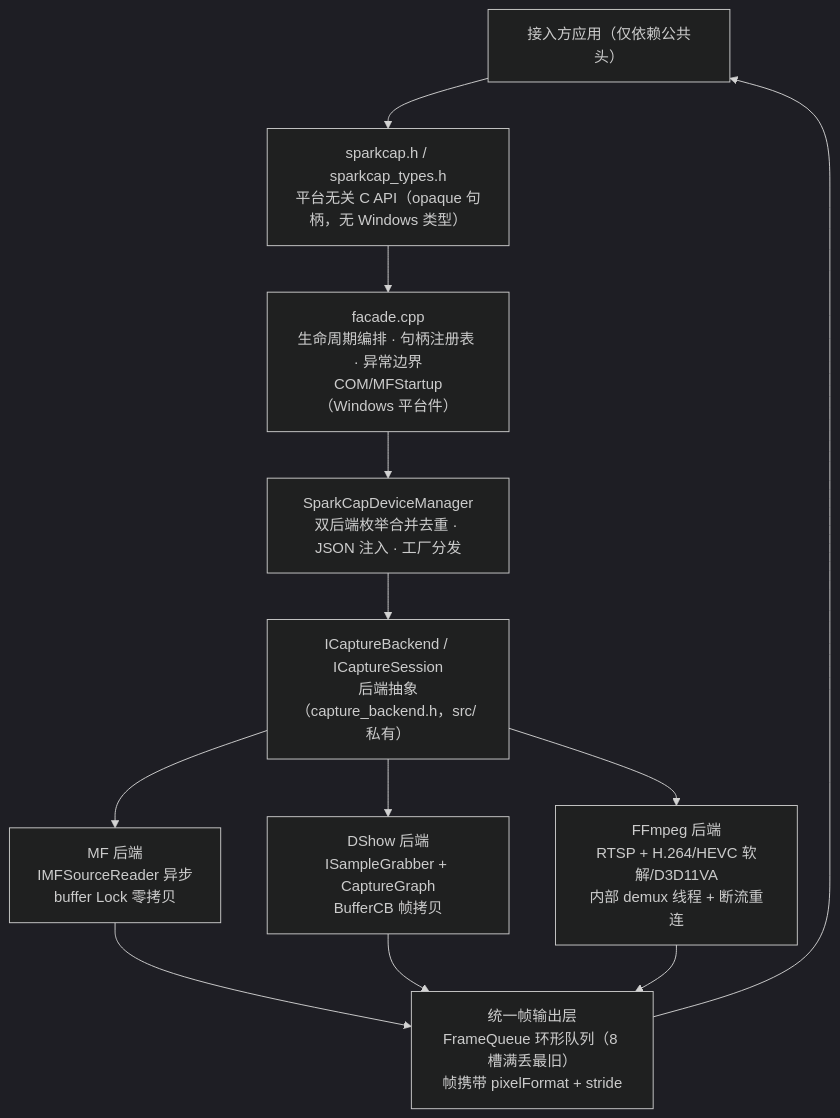
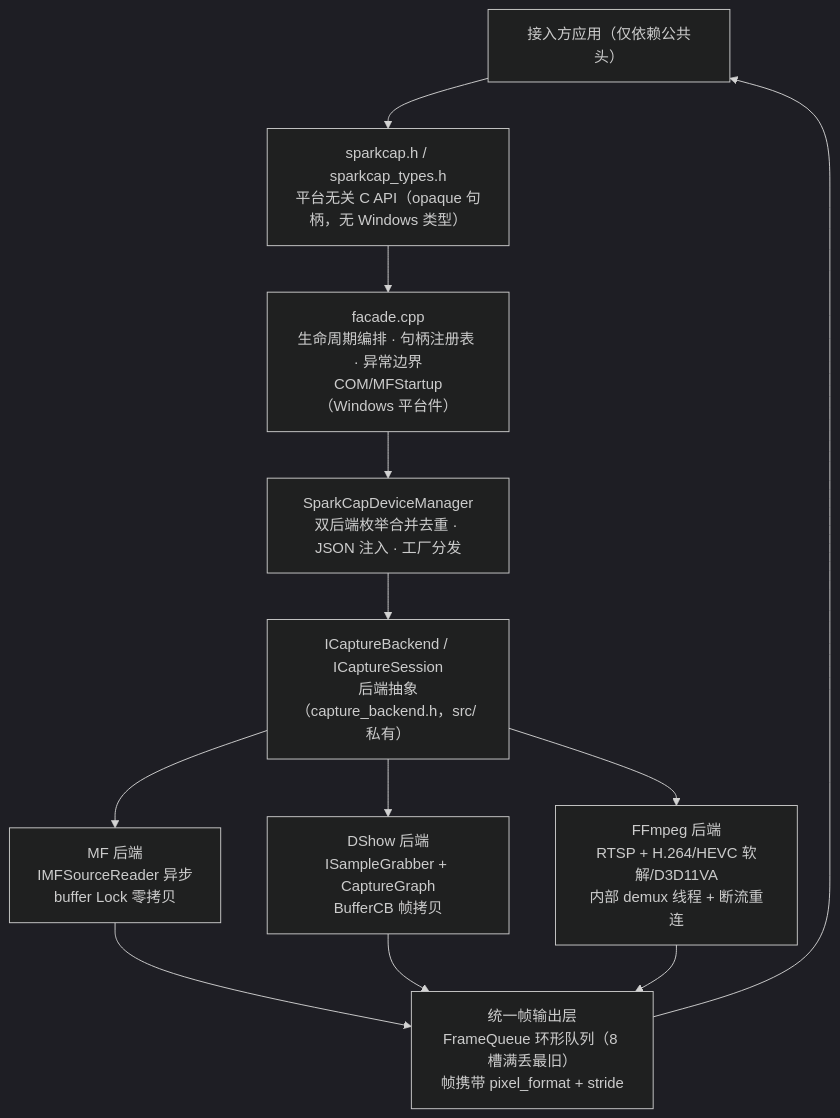
The first of 2 diagrams in docs/technical-design.md (flcker/SparkCap), drawn with Mermaid (dark theme) before and after one commit. The commit also changed other lines of this file and 18 other files, not shown here.

````diff
--- a/docs/technical-design.md
+++ b/docs/technical-design.md
@@ -55,14 +55,14 @@
 ```mermaid
 flowchart TD
     APP["接入方应用（仅依赖公共头）"] --> API["sparkcap.h / sparkcap_types.h<br/>平台无关 C API（opaque 句柄，无 Windows 类型）"]
     API --> FACADE["facade.cpp<br/>生命周期编排 · 句柄注册表 · 异常边界<br/>COM/MFStartup（Windows 平台件）"]
     FACADE --> DM["SparkCapDeviceManager<br/>双后端枚举合并去重 · JSON 注入 · 工厂分发"]
     DM --> IF["ICaptureBackend / ICaptureSession<br/>后端抽象（capture_backend.h，src/ 私有）"]
     IF --> MF["MF 后端<br/>IMFSourceReader 异步<br/>buffer Lock 零拷贝"]
     IF --> DS["DShow 后端<br/>ISampleGrabber + CaptureGraph<br/>BufferCB 帧拷贝"]
     IF --> FF["FFmpeg 后端<br/>RTSP + H.264/HEVC 软解/D3D11VA<br/>内部 demux 线程 + 断流重连"]
-    MF --> Q["统一帧输出层<br/>FrameQueue 环形队列（8 槽满丢最旧）<br/>帧携带 pixelFormat + stride"]
+    MF --> Q["统一帧输出层<br/>FrameQueue 环形队列（8 槽满丢最旧）<br/>帧携带 pixel_format + stride"]
     DS --> Q
     FF --> Q
     Q --> APP
 ```
````
